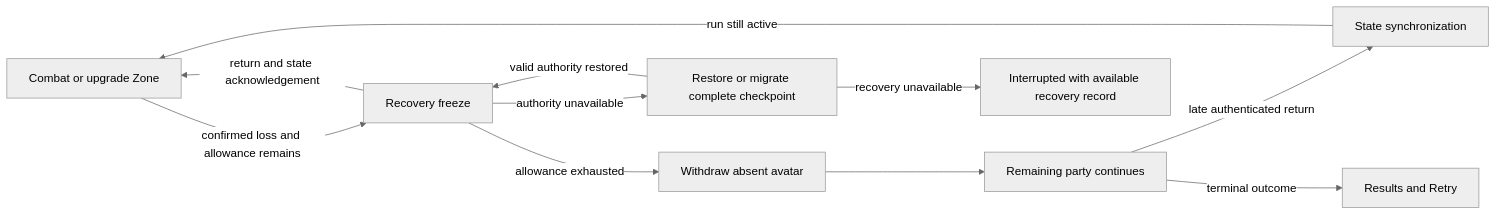
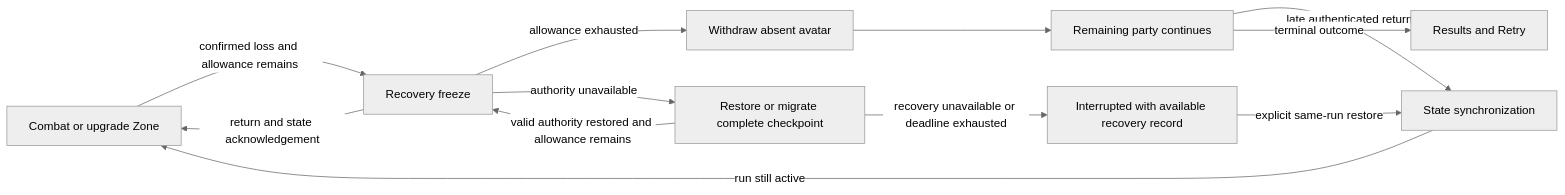
Before and after one commit to OpenCnid/game-dev-journey: the diagram in docs/design/cooperative-session-recovery.md, drawn with Mermaid (neutral theme). The commit also changed other lines of this file and 1 other file, not shown here.

Commit message:
GDJ-13 tighten recovery protocol and scalability contracts

````diff
--- a/docs/design/cooperative-session-recovery.md
+++ b/docs/design/cooperative-session-recovery.md
@@ -53,13 +58,14 @@
 ```mermaid
 flowchart LR
   A[Combat or upgrade Zone] -->|confirmed loss and allowance remains| B[Recovery freeze]
   B -->|return and state acknowledgement| A
   B -->|allowance exhausted| C[Withdraw absent avatar]
   C --> D[Remaining party continues]
   D -->|late authenticated return| E[State synchronization]
   E -->|run still active| A
   B -->|authority unavailable| F[Restore or migrate complete checkpoint]
-  F -->|valid authority restored| B
-  F -->|recovery unavailable| G[Interrupted with available recovery record]
+  F -->|valid authority restored and allowance remains| B
+  F -->|recovery unavailable or deadline exhausted| G[Interrupted with available recovery record]
+  G -->|explicit same-run restore| E
   D -->|terminal outcome| H[Results and Retry]
 ```
````
